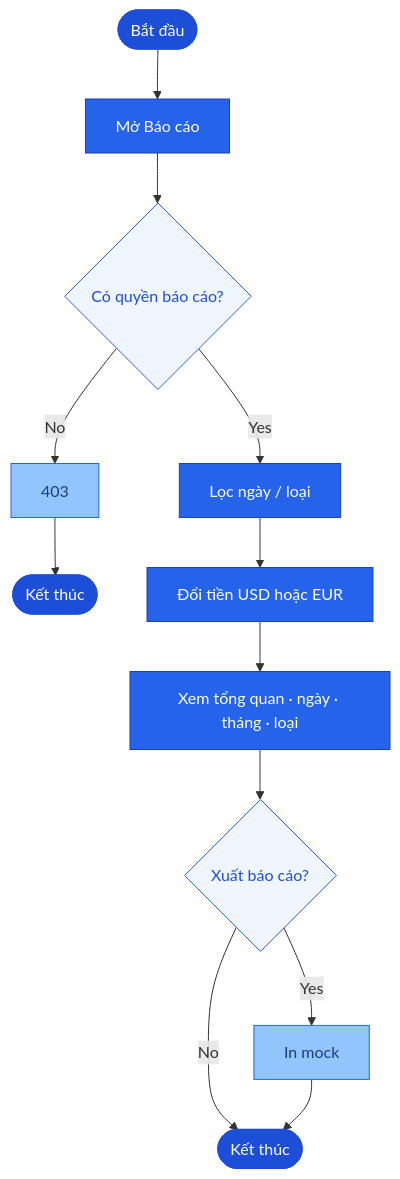
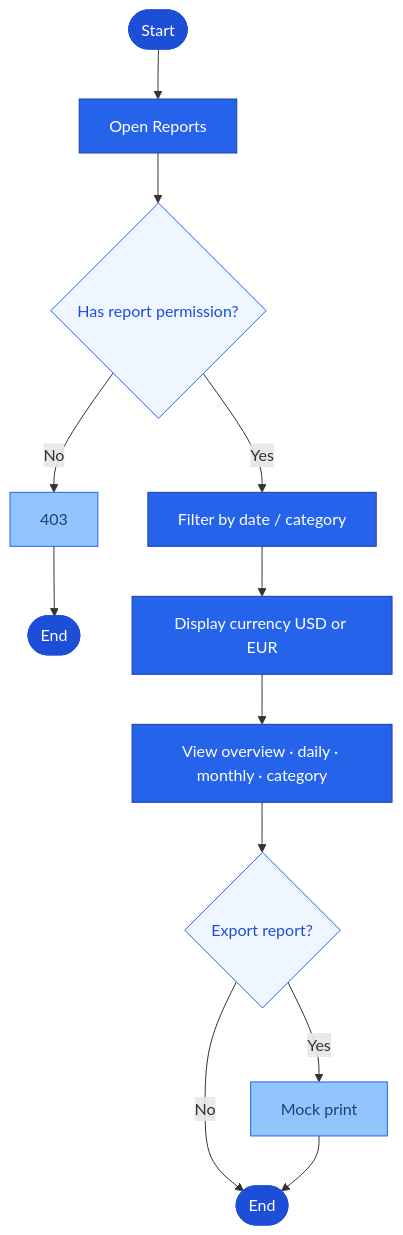
One commit to PhamHiep948/finance-manager changed the fifth of 6 diagrams in README.md. Above: the diagram before and after it, drawn with Mermaid. The commit also changed other lines of this file and 30 other files, not shown here.

Commit message:
Add ESSENTIAL arc42 architecture docs with context, container, and component diagrams, and update the C4 views and project documentation.

````diff
--- a/README.md
+++ b/README.md
@@ -180,23 +180,23 @@
 ```mermaid
 flowchart TD
-  S([Bắt đầu]) --> A[Mở Báo cáo]
-  A --> B{Có quyền báo cáo?}
+  S([Start]) --> A[Open Reports]
+  A --> B{Has report permission?}
   B -->|No| C[403]
-  C --> END1([Kết thúc])
-  B -->|Yes| D[Lọc ngày / loại]
-  D --> E[Đổi tiền USD hoặc EUR]
-  E --> F[Xem tổng quan · ngày · tháng · loại]
-  F --> G{Xuất báo cáo?}
-  G -->|Yes| H[In mock]
-  G -->|No| END2([Kết thúc])
+  C --> END1([End])
+  B -->|Yes| D[Filter by date / category]
+  D --> E[Display currency USD or EUR]
+  E --> F[View overview · daily · monthly · category]
+  F --> G{Export report?}
+  G -->|Yes| H[Mock print]
+  G -->|No| END2([End])
   H --> END2
 
   classDef startEnd fill:#1D4ED8,stroke:#1D4ED8,color:#fff
   classDef step fill:#2563EB,stroke:#1E40AF,color:#fff
   classDef stepLite fill:#93C5FD,stroke:#2563EB,color:#1E3A8A
   classDef decision fill:#EFF6FF,stroke:#2563EB,color:#1D4ED8
   class S,END1,END2 startEnd
   class A,D,E,F step
   class C,H stepLite
   class B,G decision
 ```
````
